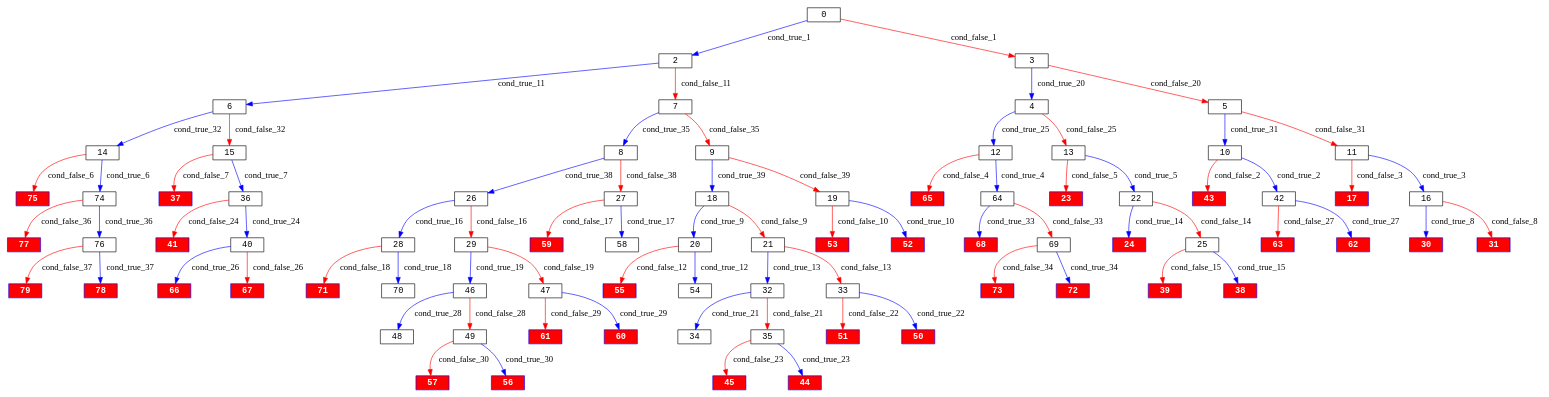
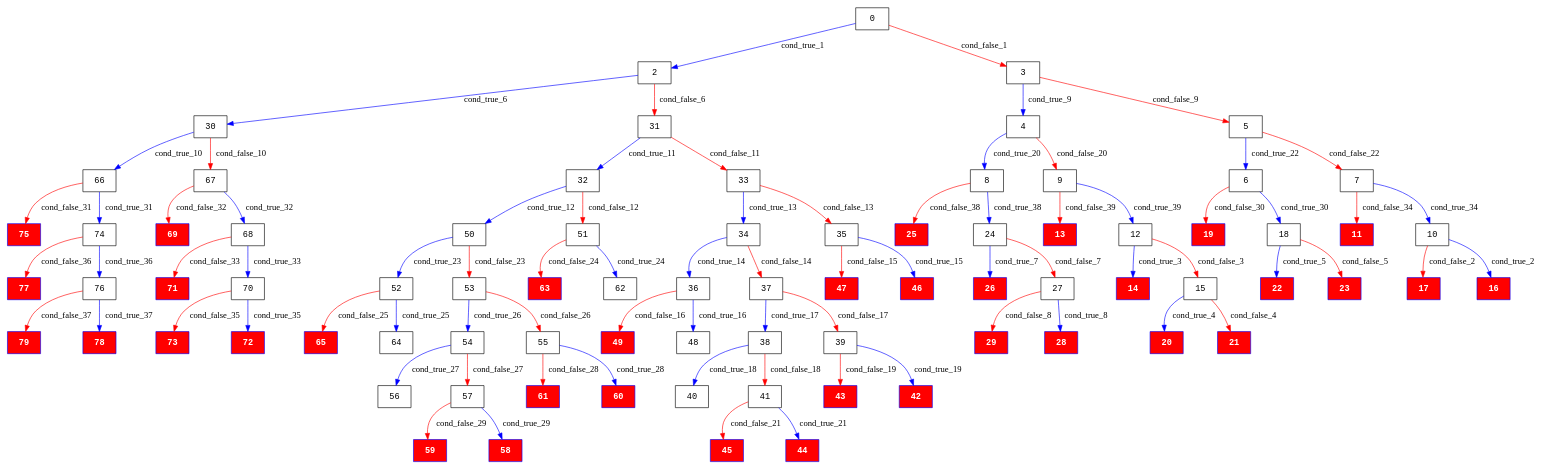
Before and after one commit to Research-Tools-PAVT/PSE-Program-Examples: the diagram in klee_results/monotone_binary_int_processed/monotone_binary_int_execution_tree.dot, drawn with Graphviz. The commit also changed 69 other files, not shown here.

```diff
--- a/klee_results/monotone_binary_int_processed/monotone_binary_int_execution_tree.dot
+++ b/klee_results/monotone_binary_int_processed/monotone_binary_int_execution_tree.dot
@@ -1,116 +1,116 @@
 digraph ExecutionTree {
-	node [color=black fontname=Courier height=.1 shape=record]
+	node [color=black fontname=Courier height=.5 shape=record]
 	17 [color=blue, fillcolor=red, style=filled, fontcolor=white, fontname="Courier-Bold"]
-	66 [color=blue, fillcolor=red, style=filled, fontcolor=white, fontname="Courier-Bold"]
-	24 [color=blue, fillcolor=red, style=filled, fontcolor=white, fontname="Courier-Bold"]
-	30 [color=blue, fillcolor=red, style=filled, fontcolor=white, fontname="Courier-Bold"]
+	20 [color=blue, fillcolor=red, style=filled, fontcolor=white, fontname="Courier-Bold"]
+	13 [color=blue, fillcolor=red, style=filled, fontcolor=white, fontname="Courier-Bold"]
+	11 [color=blue, fillcolor=red, style=filled, fontcolor=white, fontname="Courier-Bold"]
+	14 [color=blue, fillcolor=red, style=filled, fontcolor=white, fontname="Courier-Bold"]
 	79 [color=blue, fillcolor=red, style=filled, fontcolor=white, fontname="Courier-Bold"]
+	16 [color=blue, fillcolor=red, style=filled, fontcolor=white, fontname="Courier-Bold"]
 	77 [color=blue, fillcolor=red, style=filled, fontcolor=white, fontname="Courier-Bold"]
 	75 [color=blue, fillcolor=red, style=filled, fontcolor=white, fontname="Courier-Bold"]
 	73 [color=blue, fillcolor=red, style=filled, fontcolor=white, fontname="Courier-Bold"]
 	71 [color=blue, fillcolor=red, style=filled, fontcolor=white, fontname="Courier-Bold"]
+	69 [color=blue, fillcolor=red, style=filled, fontcolor=white, fontname="Courier-Bold"]
 	72 [color=blue, fillcolor=red, style=filled, fontcolor=white, fontname="Courier-Bold"]
-	67 [color=blue, fillcolor=red, style=filled, fontcolor=white, fontname="Courier-Bold"]
 	65 [color=blue, fillcolor=red, style=filled, fontcolor=white, fontname="Courier-Bold"]
 	63 [color=blue, fillcolor=red, style=filled, fontcolor=white, fontname="Courier-Bold"]
 	61 [color=blue, fillcolor=red, style=filled, fontcolor=white, fontname="Courier-Bold"]
 	59 [color=blue, fillcolor=red, style=filled, fontcolor=white, fontname="Courier-Bold"]
-	62 [color=blue, fillcolor=red, style=filled, fontcolor=white, fontname="Courier-Bold"]
-	57 [color=blue, fillcolor=red, style=filled, fontcolor=white, fontname="Courier-Bold"]
-	55 [color=blue, fillcolor=red, style=filled, fontcolor=white, fontname="Courier-Bold"]
-	53 [color=blue, fillcolor=red, style=filled, fontcolor=white, fontname="Courier-Bold"]
-	51 [color=blue, fillcolor=red, style=filled, fontcolor=white, fontname="Courier-Bold"]
-	56 [color=blue, fillcolor=red, style=filled, fontcolor=white, fontname="Courier-Bold"]
+	22 [color=blue, fillcolor=red, style=filled, fontcolor=white, fontname="Courier-Bold"]
+	58 [color=blue, fillcolor=red, style=filled, fontcolor=white, fontname="Courier-Bold"]
 	60 [color=blue, fillcolor=red, style=filled, fontcolor=white, fontname="Courier-Bold"]
+	49 [color=blue, fillcolor=red, style=filled, fontcolor=white, fontname="Courier-Bold"]
+	47 [color=blue, fillcolor=red, style=filled, fontcolor=white, fontname="Courier-Bold"]
 	45 [color=blue, fillcolor=red, style=filled, fontcolor=white, fontname="Courier-Bold"]
 	43 [color=blue, fillcolor=red, style=filled, fontcolor=white, fontname="Courier-Bold"]
-	41 [color=blue, fillcolor=red, style=filled, fontcolor=white, fontname="Courier-Bold"]
-	39 [color=blue, fillcolor=red, style=filled, fontcolor=white, fontname="Courier-Bold"]
-	68 [color=blue, fillcolor=red, style=filled, fontcolor=white, fontname="Courier-Bold"]
-	37 [color=blue, fillcolor=red, style=filled, fontcolor=white, fontname="Courier-Bold"]
 	44 [color=blue, fillcolor=red, style=filled, fontcolor=white, fontname="Courier-Bold"]
-	50 [color=blue, fillcolor=red, style=filled, fontcolor=white, fontname="Courier-Bold"]
-	31 [color=blue, fillcolor=red, style=filled, fontcolor=white, fontname="Courier-Bold"]
-	38 [color=blue, fillcolor=red, style=filled, fontcolor=white, fontname="Courier-Bold"]
+	42 [color=blue, fillcolor=red, style=filled, fontcolor=white, fontname="Courier-Bold"]
+	26 [color=blue, fillcolor=red, style=filled, fontcolor=white, fontname="Courier-Bold"]
+	46 [color=blue, fillcolor=red, style=filled, fontcolor=white, fontname="Courier-Bold"]
+	29 [color=blue, fillcolor=red, style=filled, fontcolor=white, fontname="Courier-Bold"]
+	28 [color=blue, fillcolor=red, style=filled, fontcolor=white, fontname="Courier-Bold"]
+	25 [color=blue, fillcolor=red, style=filled, fontcolor=white, fontname="Courier-Bold"]
 	23 [color=blue, fillcolor=red, style=filled, fontcolor=white, fontname="Courier-Bold"]
-	52 [color=blue, fillcolor=red, style=filled, fontcolor=white, fontname="Courier-Bold"]
+	21 [color=blue, fillcolor=red, style=filled, fontcolor=white, fontname="Courier-Bold"]
+	19 [color=blue, fillcolor=red, style=filled, fontcolor=white, fontname="Courier-Bold"]
 	78 [color=blue, fillcolor=red, style=filled, fontcolor=white, fontname="Courier-Bold"]
 	0 -> 2 [label=cond_true_1 color=blue]
 	0 -> 3 [label=cond_false_1 color=red]
-	2 -> 6 [label=cond_true_11 color=blue]
-	2 -> 7 [label=cond_false_11 color=red]
-	3 -> 4 [label=cond_true_20 color=blue]
-	3 -> 5 [label=cond_false_20 color=red]
-	10 -> 42 [label=cond_true_2 color=blue]
-	10 -> 43 [label=cond_false_2 color=red]
-	42 -> 62 [label=cond_true_27 color=blue]
-	42 -> 63 [label=cond_false_27 color=red]
-	11 -> 16 [label=cond_true_3 color=blue]
-	11 -> 17 [label=cond_false_3 color=red]
-	16 -> 30 [label=cond_true_8 color=blue]
-	16 -> 31 [label=cond_false_8 color=red]
-	12 -> 64 [label=cond_true_4 color=blue]
-	12 -> 65 [label=cond_false_4 color=red]
-	64 -> 68 [label=cond_true_33 color=blue]
-	64 -> 69 [label=cond_false_33 color=red]
-	13 -> 22 [label=cond_true_5 color=blue]
-	13 -> 23 [label=cond_false_5 color=red]
-	22 -> 24 [label=cond_true_14 color=blue]
-	22 -> 25 [label=cond_false_14 color=red]
-	14 -> 74 [label=cond_true_6 color=blue]
-	14 -> 75 [label=cond_false_6 color=red]
+	2 -> 30 [label=cond_true_6 color=blue]
+	2 -> 31 [label=cond_false_6 color=red]
+	3 -> 4 [label=cond_true_9 color=blue]
+	3 -> 5 [label=cond_false_9 color=red]
+	10 -> 16 [label=cond_true_2 color=blue]
+	10 -> 17 [label=cond_false_2 color=red]
+	12 -> 14 [label=cond_true_3 color=blue]
+	12 -> 15 [label=cond_false_3 color=red]
+	15 -> 20 [label=cond_true_4 color=blue]
+	15 -> 21 [label=cond_false_4 color=red]
+	18 -> 22 [label=cond_true_5 color=blue]
+	18 -> 23 [label=cond_false_5 color=red]
+	30 -> 66 [label=cond_true_10 color=blue]
+	30 -> 67 [label=cond_false_10 color=red]
+	31 -> 32 [label=cond_true_11 color=blue]
+	31 -> 33 [label=cond_false_11 color=red]
+	24 -> 26 [label=cond_true_7 color=blue]
+	24 -> 27 [label=cond_false_7 color=red]
+	27 -> 28 [label=cond_true_8 color=blue]
+	27 -> 29 [label=cond_false_8 color=red]
+	4 -> 8 [label=cond_true_20 color=blue]
+	4 -> 9 [label=cond_false_20 color=red]
+	5 -> 6 [label=cond_true_22 color=blue]
+	5 -> 7 [label=cond_false_22 color=red]
+	66 -> 74 [label=cond_true_31 color=blue]
+	66 -> 75 [label=cond_false_31 color=red]
+	67 -> 68 [label=cond_true_32 color=blue]
+	67 -> 69 [label=cond_false_32 color=red]
+	32 -> 50 [label=cond_true_12 color=blue]
+	32 -> 51 [label=cond_false_12 color=red]
+	33 -> 34 [label=cond_true_13 color=blue]
+	33 -> 35 [label=cond_false_13 color=red]
+	50 -> 52 [label=cond_true_23 color=blue]
+	50 -> 53 [label=cond_false_23 color=red]
+	51 -> 62 [label=cond_true_24 color=blue]
+	51 -> 63 [label=cond_false_24 color=red]
+	34 -> 36 [label=cond_true_14 color=blue]
+	34 -> 37 [label=cond_false_14 color=red]
+	35 -> 46 [label=cond_true_15 color=blue]
+	35 -> 47 [label=cond_false_15 color=red]
+	36 -> 48 [label=cond_true_16 color=blue]
+	36 -> 49 [label=cond_false_16 color=red]
+	37 -> 38 [label=cond_true_17 color=blue]
+	37 -> 39 [label=cond_false_17 color=red]
+	38 -> 40 [label=cond_true_18 color=blue]
+	38 -> 41 [label=cond_false_18 color=red]
+	39 -> 42 [label=cond_true_19 color=blue]
+	39 -> 43 [label=cond_false_19 color=red]
+	41 -> 44 [label=cond_true_21 color=blue]
+	41 -> 45 [label=cond_false_21 color=red]
+	8 -> 24 [label=cond_true_38 color=blue]
+	8 -> 25 [label=cond_false_38 color=red]
+	9 -> 12 [label=cond_true_39 color=blue]
+	9 -> 13 [label=cond_false_39 color=red]
+	6 -> 18 [label=cond_true_30 color=blue]
+	6 -> 19 [label=cond_false_30 color=red]
+	7 -> 10 [label=cond_true_34 color=blue]
+	7 -> 11 [label=cond_false_34 color=red]
+	52 -> 64 [label=cond_true_25 color=blue]
+	52 -> 65 [label=cond_false_25 color=red]
+	53 -> 54 [label=cond_true_26 color=blue]
+	53 -> 55 [label=cond_false_26 color=red]
+	54 -> 56 [label=cond_true_27 color=blue]
+	54 -> 57 [label=cond_false_27 color=red]
+	55 -> 60 [label=cond_true_28 color=blue]
+	55 -> 61 [label=cond_false_28 color=red]
+	57 -> 58 [label=cond_true_29 color=blue]
+	57 -> 59 [label=cond_false_29 color=red]
 	74 -> 76 [label=cond_true_36 color=blue]
 	74 -> 77 [label=cond_false_36 color=red]
-	15 -> 36 [label=cond_true_7 color=blue]
-	15 -> 37 [label=cond_false_7 color=red]
-	36 -> 40 [label=cond_true_24 color=blue]
-	36 -> 41 [label=cond_false_24 color=red]
-	18 -> 20 [label=cond_true_9 color=blue]
-	18 -> 21 [label=cond_false_9 color=red]
-	20 -> 54 [label=cond_true_12 color=blue]
-	20 -> 55 [label=cond_false_12 color=red]
-	21 -> 32 [label=cond_true_13 color=blue]
-	21 -> 33 [label=cond_false_13 color=red]
-	19 -> 52 [label=cond_true_10 color=blue]
-	19 -> 53 [label=cond_false_10 color=red]
-	6 -> 14 [label=cond_true_32 color=blue]
-	6 -> 15 [label=cond_false_32 color=red]
-	7 -> 8 [label=cond_true_35 color=blue]
-	7 -> 9 [label=cond_false_35 color=red]
-	32 -> 34 [label=cond_true_21 color=blue]
-	32 -> 35 [label=cond_false_21 color=red]
-	33 -> 50 [label=cond_true_22 color=blue]
-	33 -> 51 [label=cond_false_22 color=red]
-	25 -> 38 [label=cond_true_15 color=blue]
-	25 -> 39 [label=cond_false_15 color=red]
-	26 -> 28 [label=cond_true_16 color=blue]
-	26 -> 29 [label=cond_false_16 color=red]
-	28 -> 70 [label=cond_true_18 color=blue]
-	28 -> 71 [label=cond_false_18 color=red]
-	29 -> 46 [label=cond_true_19 color=blue]
-	29 -> 47 [label=cond_false_19 color=red]
-	27 -> 58 [label=cond_true_17 color=blue]
-	27 -> 59 [label=cond_false_17 color=red]
-	46 -> 48 [label=cond_true_28 color=blue]
-	46 -> 49 [label=cond_false_28 color=red]
-	47 -> 60 [label=cond_true_29 color=blue]
-	47 -> 61 [label=cond_false_29 color=red]
-	4 -> 12 [label=cond_true_25 color=blue]
-	4 -> 13 [label=cond_false_25 color=red]
-	5 -> 10 [label=cond_true_31 color=blue]
-	5 -> 11 [label=cond_false_31 color=red]
-	35 -> 44 [label=cond_true_23 color=blue]
-	35 -> 45 [label=cond_false_23 color=red]
-	40 -> 66 [label=cond_true_26 color=blue]
-	40 -> 67 [label=cond_false_26 color=red]
-	49 -> 56 [label=cond_true_30 color=blue]
-	49 -> 57 [label=cond_false_30 color=red]
-	69 -> 72 [label=cond_true_34 color=blue]
-	69 -> 73 [label=cond_false_34 color=red]
-	8 -> 26 [label=cond_true_38 color=blue]
-	8 -> 27 [label=cond_false_38 color=red]
-	9 -> 18 [label=cond_true_39 color=blue]
-	9 -> 19 [label=cond_false_39 color=red]
+	68 -> 70 [label=cond_true_33 color=blue]
+	68 -> 71 [label=cond_false_33 color=red]
+	70 -> 72 [label=cond_true_35 color=blue]
+	70 -> 73 [label=cond_false_35 color=red]
 	76 -> 78 [label=cond_true_37 color=blue]
 	76 -> 79 [label=cond_false_37 color=red]
 }
```
